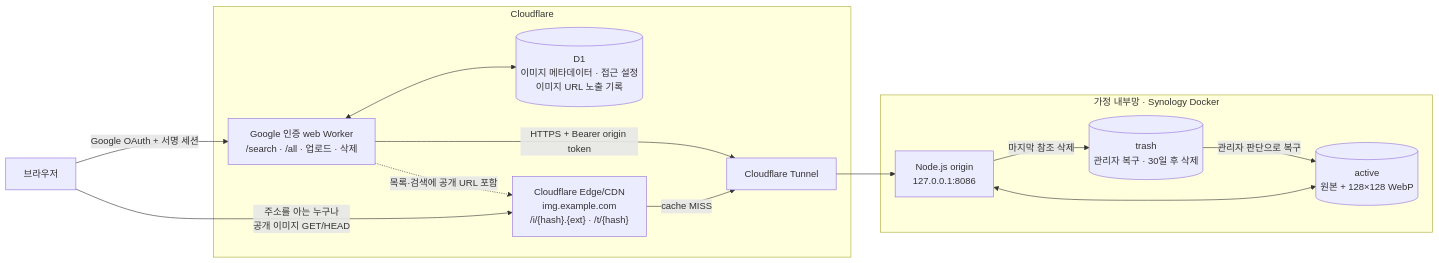
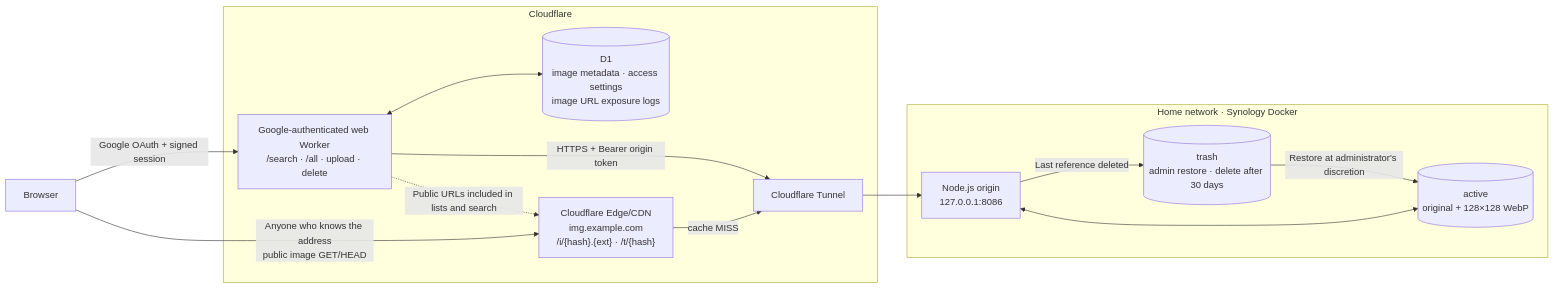
One commit to octopus7/meme changed the first of 4 diagrams in docs/architecture.md. Above: the diagram before and after it, drawn with Mermaid. The commit also changed other lines of this file and 23 other files, not shown here.

````diff
--- a/docs/architecture.md
+++ b/docs/architecture.md
@@ -13,27 +13,27 @@
 ```mermaid
 flowchart LR
-    U["브라우저"]
+    U["Browser"]
     subgraph CF["Cloudflare"]
-        W["Google 인증 web Worker<br/>/search · /all · 업로드 · 삭제"]
-        D[("D1<br/>이미지 메타데이터 · 접근 설정<br/>이미지 URL 노출 기록")]
+        W["Google-authenticated web Worker<br/>/search · /all · upload · delete"]
+        D[("D1<br/>image metadata · access settings<br/>image URL exposure logs")]
         C["Cloudflare Edge/CDN<br/>img.example.com<br/>/i/{hash}.{ext} · /t/{hash}"]
         T["Cloudflare Tunnel"]
     end
 
-    subgraph HOME["가정 내부망 · Synology Docker"]
+    subgraph HOME["Home network · Synology Docker"]
         O["Node.js origin<br/>127.0.0.1:8086"]
-        F[("active<br/>원본 + 128×128 WebP")]
-        X[("trash<br/>관리자 복구 · 30일 후 삭제")]
+        F[("active<br/>original + 128×128 WebP")]
+        X[("trash<br/>admin restore · delete after 30 days")]
     end
 
-    U -->|"Google OAuth + 서명 세션"| W
+    U -->|"Google OAuth + signed session"| W
     W <--> D
-    U -->|"주소를 아는 누구나<br/>공개 이미지 GET/HEAD"| C
-    W -.->|"목록·검색에 공개 URL 포함"| C
+    U -->|"Anyone who knows the address<br/>public image GET/HEAD"| C
+    W -.->|"Public URLs included in lists and search"| C
     C -->|"cache MISS"| T
     W -->|"HTTPS + Bearer origin token"| T
     T --> O
     O <--> F
-    O -->|"마지막 참조 삭제"| X
-    X -->|"관리자 판단으로 복구"| F
+    O -->|"Last reference deleted"| X
+    X -->|"Restore at administrator's discretion"| F
 ```
````
